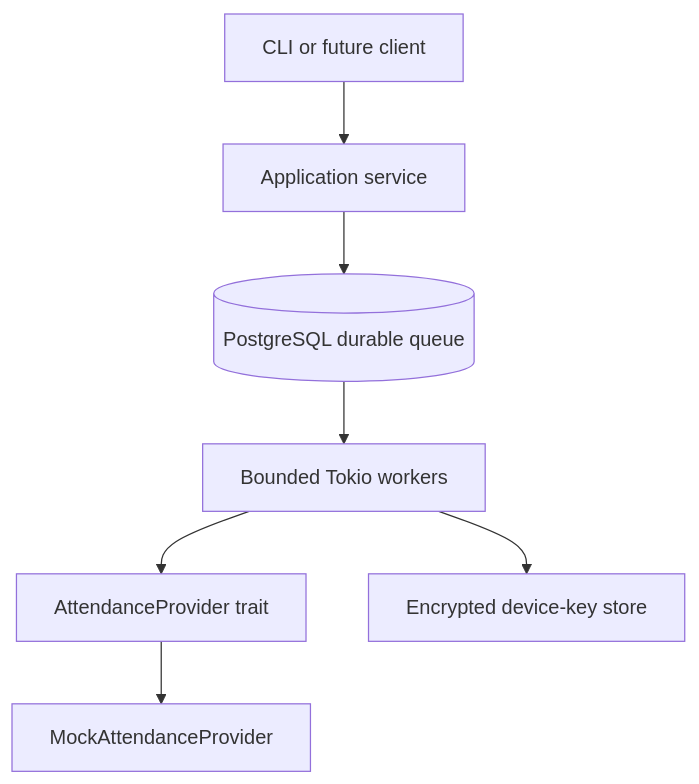
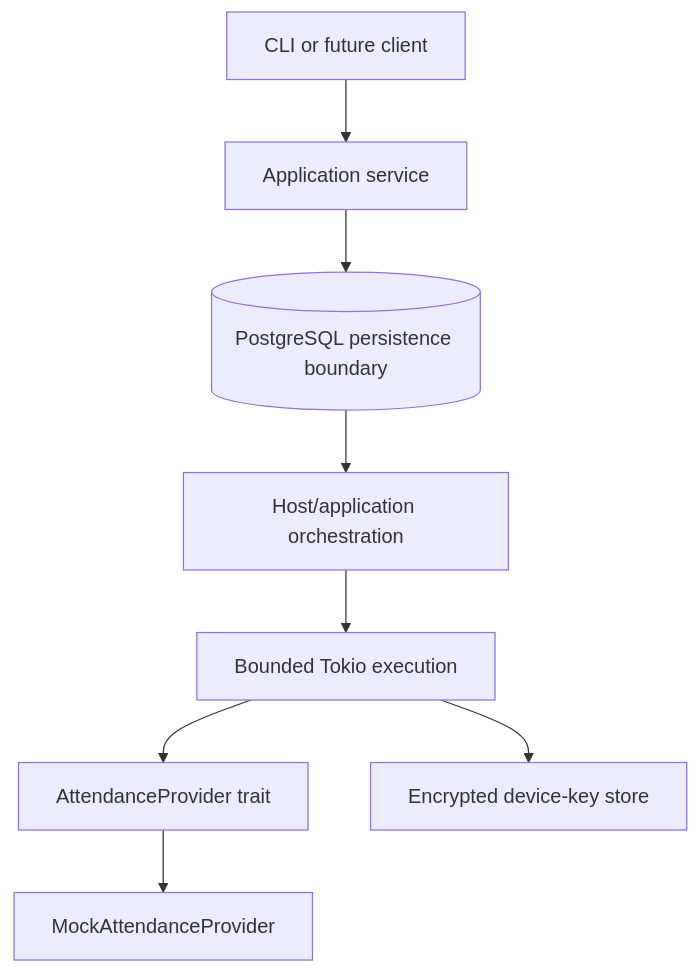
Before and after one commit to rnaefe/deysis-trust-boundaries: the diagram in README.md, drawn with Mermaid. The commit also changed other lines of this file and 12 other files, not shown here.

````diff
--- a/README.md
+++ b/README.md
@@ -23,9 +23,10 @@
 ```mermaid
 flowchart TD
   C[CLI or future client] --> A[Application service]
-  A --> Q[(PostgreSQL durable queue)]
-  Q --> W[Bounded Tokio workers]
+  A --> Q[(PostgreSQL persistence boundary)]
+  Q --> O[Host/application orchestration]
+  O --> W[Bounded Tokio execution]
   W --> P[AttendanceProvider trait]
   P --> M[MockAttendanceProvider]
   W --> K[Encrypted device-key store]
 ```
````
